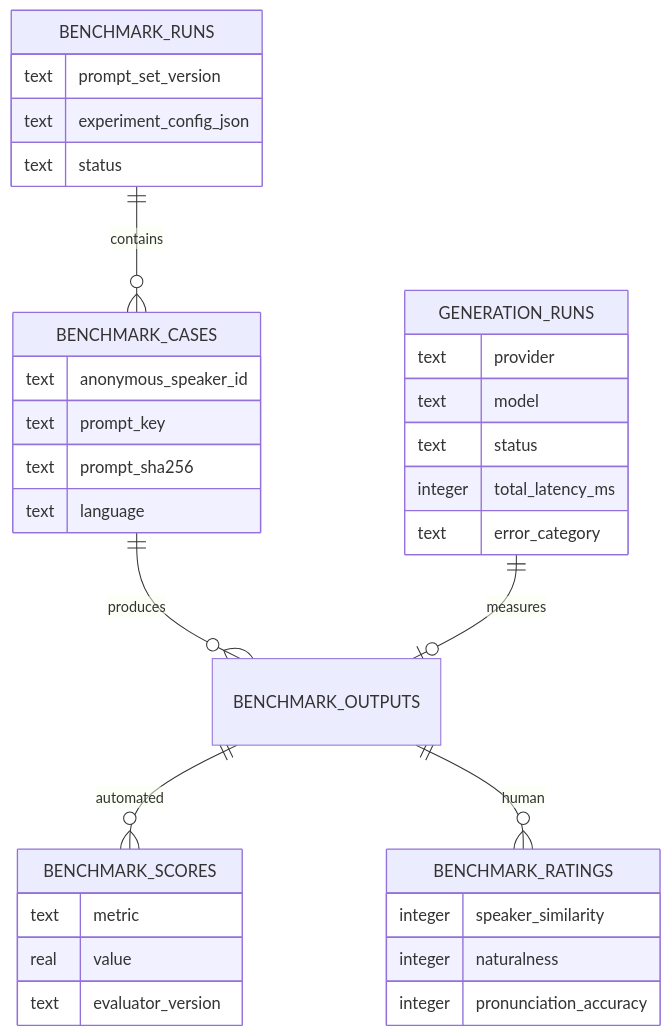
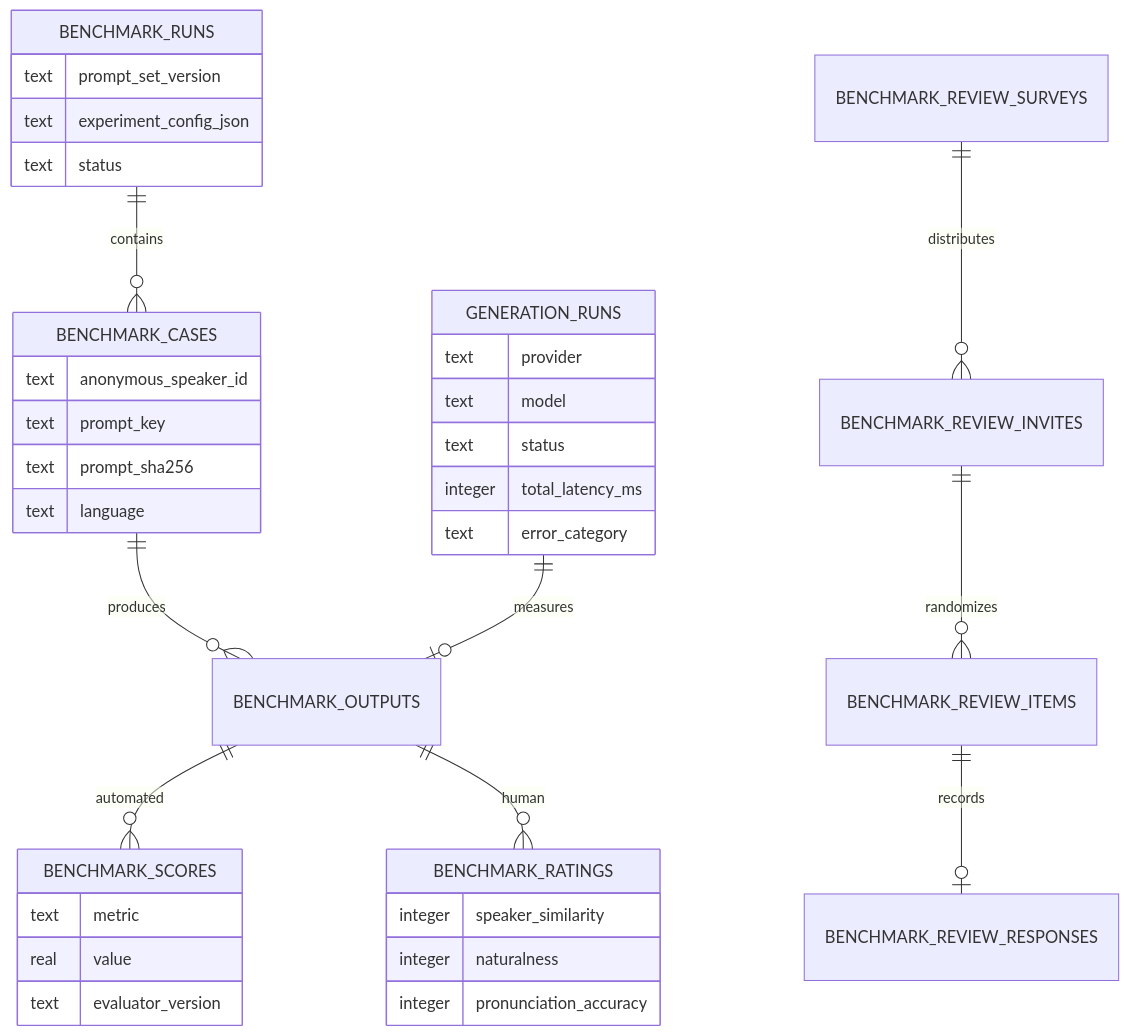
Before and after one commit to SanjanaNagwekar/WithYou: the diagram in docs/BENCHMARKING.md, drawn with Mermaid. The commit also changed other lines of this file and 17 other files, not shown here.

````diff
--- a/docs/BENCHMARKING.md
+++ b/docs/BENCHMARKING.md
@@ -144,37 +164,40 @@
 ```mermaid
 erDiagram
   BENCHMARK_RUNS ||--o{ BENCHMARK_CASES : contains
   BENCHMARK_CASES ||--o{ BENCHMARK_OUTPUTS : produces
   GENERATION_RUNS ||--o| BENCHMARK_OUTPUTS : measures
   BENCHMARK_OUTPUTS ||--o{ BENCHMARK_SCORES : automated
   BENCHMARK_OUTPUTS ||--o{ BENCHMARK_RATINGS : human
+  BENCHMARK_REVIEW_SURVEYS ||--o{ BENCHMARK_REVIEW_INVITES : distributes
+  BENCHMARK_REVIEW_INVITES ||--o{ BENCHMARK_REVIEW_ITEMS : randomizes
+  BENCHMARK_REVIEW_ITEMS ||--o| BENCHMARK_REVIEW_RESPONSES : records
 
   BENCHMARK_RUNS {
     text prompt_set_version
     text experiment_config_json
     text status
   }
   BENCHMARK_CASES {
     text anonymous_speaker_id
     text prompt_key
     text prompt_sha256
     text language
   }
   GENERATION_RUNS {
     text provider
     text model
     text status
     integer total_latency_ms
     text error_category
   }
   BENCHMARK_SCORES {
     text metric
     real value
     text evaluator_version
   }
   BENCHMARK_RATINGS {
     integer speaker_similarity
     integer naturalness
     integer pronunciation_accuracy
   }
 ```
````
